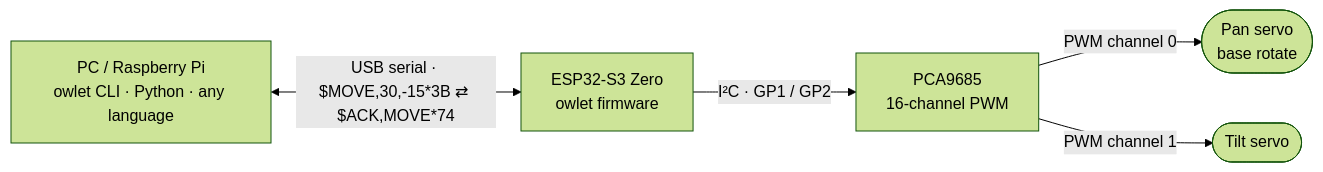
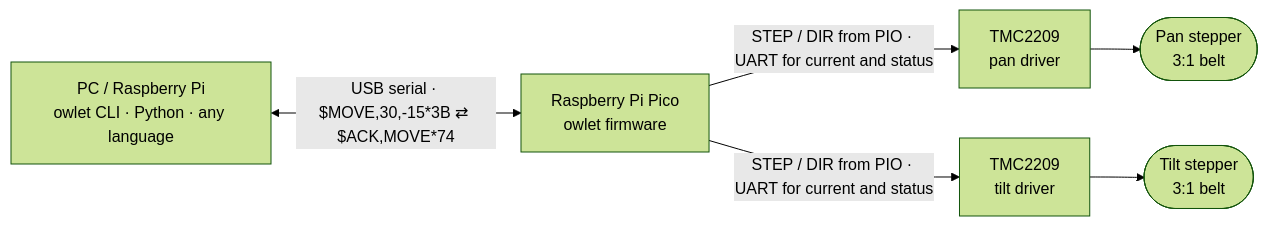
Before and after one commit to Mrunmoy/owlet: the first of 4 diagrams in README.md, drawn with Mermaid (forest theme). The commit also changed other lines of this file and 7 other files, not shown here.

````diff
--- a/README.md
+++ b/README.md
@@ -75,13 +75,15 @@
 ```mermaid
 flowchart LR
     PC["PC / Raspberry Pi<br/>owlet CLI · Python · any language"]
-    ESP["ESP32-S3 Zero<br/>owlet firmware"]
-    PCA["PCA9685<br/>16-channel PWM"]
-    PAN(["Pan servo<br/>base rotate"])
-    TILT(["Tilt servo"])
+    PICO["Raspberry Pi Pico<br/>owlet firmware"]
+    DPAN["TMC2209<br/>pan driver"]
+    DTILT["TMC2209<br/>tilt driver"]
+    PAN(["Pan stepper<br/>3:1 belt"])
+    TILT(["Tilt stepper<br/>3:1 belt"])
 
-    PC <-->|"USB serial · $MOVE,30,-15*3B ⇄ $ACK,MOVE*74"| ESP
-    ESP -->|"I²C · GP1 / GP2"| PCA
-    PCA -->|"PWM channel 0"| PAN
-    PCA -->|"PWM channel 1"| TILT
+    PC <-->|"USB serial · $MOVE,30,-15*3B ⇄ $ACK,MOVE*74"| PICO
+    PICO -->|"STEP / DIR from PIO · UART for current and status"| DPAN
+    PICO -->|"STEP / DIR from PIO · UART for current and status"| DTILT
+    DPAN --> PAN
+    DTILT --> TILT
 ```
````
